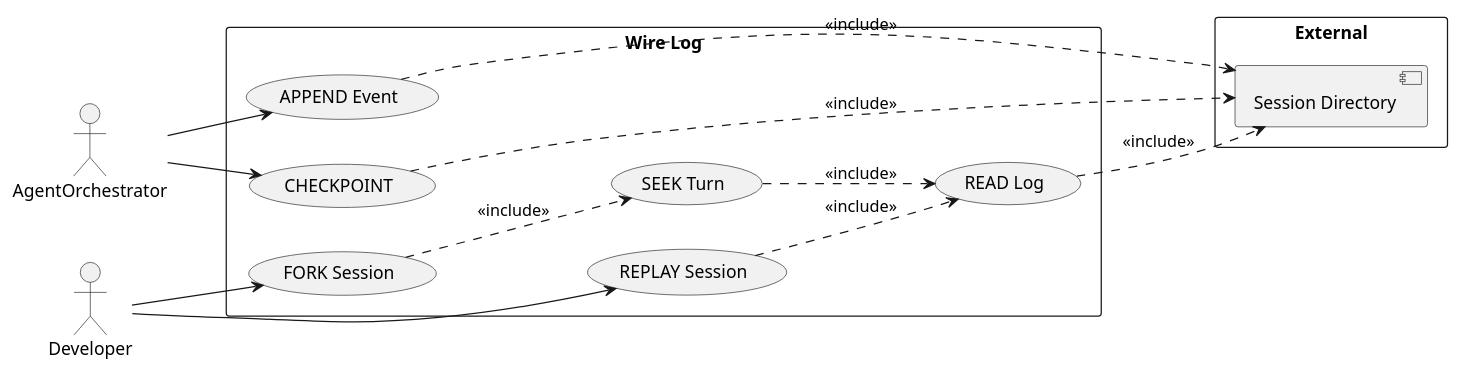
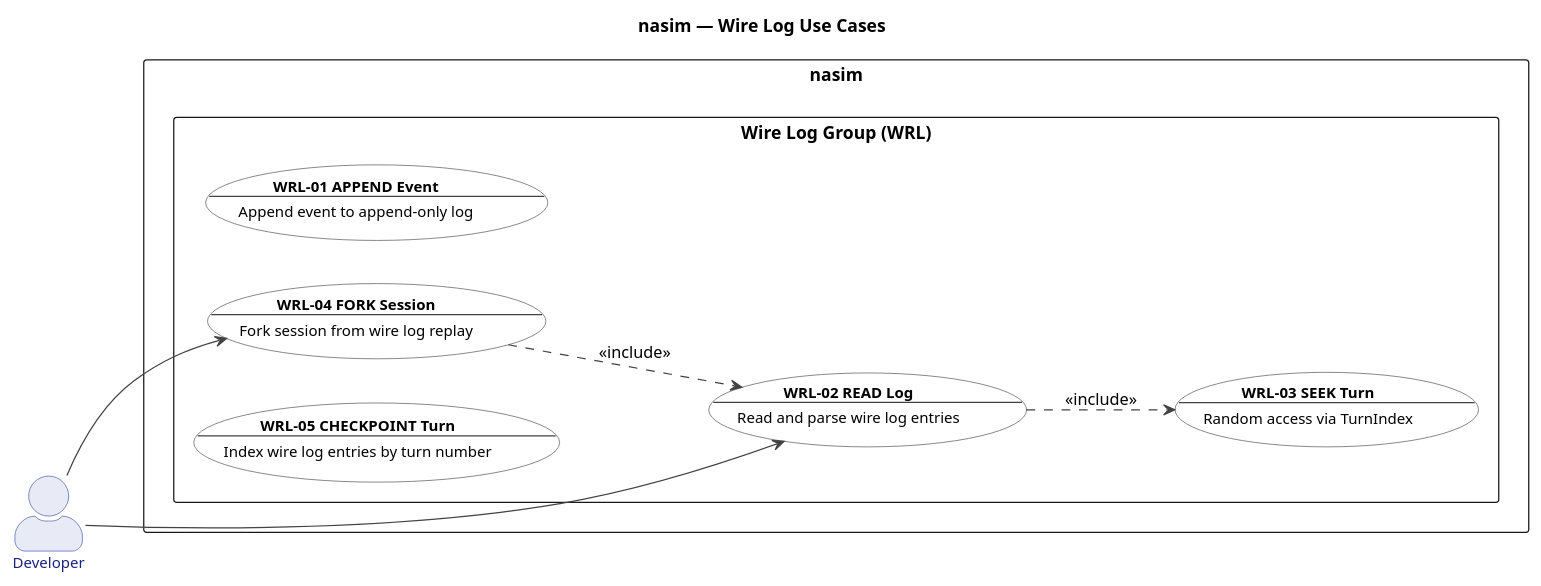
The diagram in docs/UC/uc_wire_log.puml (salimnamvar/nasim), drawn with PlantUML before and after one commit. The commit also changed 24 other files, not shown here.

First line of the commit message:
docs: Add use case diagrams for Git, MCP, Memory, Overview, and Sandbox groups

```diff
--- a/docs/UC/uc_wire_log.puml
+++ b/docs/UC/uc_wire_log.puml
@@ -1,42 +1,70 @@
 @startuml uc_wire_log
+
 ' ============================================================
-' Title:     nasim — UC: Wire Log
-' Boundary:  nasim code agent CLI + HTTP API
-' Purpose:   Event logging, turn indexing, session forking and replay
+' Title:     nasim — UC: Wire Log Group
+' Group:     WRL (Wire Log)
+' Boundary:  nasim code agent
+' Purpose:   Append-only event log, replay, session fork from wire
 ' Milestone: v1.0
-' Version:   1.0.0
-' Source:    docs/audit/audit.2026.06.20.deep.domain.audit.md
-' Review:    —
+' Version:   6.0.0
+' Source:    docs/ENTITIES.md
+' Review:    docs/audit/audit.2026.06.20.uc-layer.car.md
 ' ============================================================
 
 left to right direction
+
+title nasim — Wire Log Use Cases
+
+skinparam actorStyle awesome
 skinparam packageStyle rectangle
 
-actor "AgentOrchestrator" as agent
-actor "Developer" as user
-
-rectangle "Wire Log" {
-    usecase "APPEND Event" as UC_WRL_01
-    usecase "READ Log" as UC_WRL_02
-    usecase "SEEK Turn" as UC_WRL_03
-    usecase "FORK Session" as UC_WRL_04
-    usecase "CHECKPOINT" as UC_WRL_05
-    usecase "REPLAY Session" as UC_WRL_06
+skinparam usecase {
+  BackgroundColor #FFFFFF
+  BorderColor #424242
+  FontColor #000000
+  ArrowColor #424242
+  FontSize 12
 }
 
-rectangle "External" {
-    component "Session Directory" as sdir
+skinparam actor {
+  BackgroundColor #E8EAF6
+  BorderColor #3949AB
+  FontColor #1A237E
+  FontSize 12
 }
 
-agent --> UC_WRL_01
-agent --> UC_WRL_05
-user --> UC_WRL_06
-user --> UC_WRL_04
-UC_WRL_01 ..> sdir : <<include>>
-UC_WRL_02 ..> sdir : <<include>>
-UC_WRL_03 ..> UC_WRL_02 : <<include>>
-UC_WRL_04 ..> UC_WRL_03 : <<include>>
-UC_WRL_06 ..> UC_WRL_02 : <<include>>
-UC_WRL_05 ..> sdir : <<include>>
+' ============================================================
+' Actors
+' ============================================================
+
+actor "Developer" as Developer
+
+' ============================================================
+' System Boundary
+' ============================================================
+
+rectangle "nasim" {
+  package "Wire Log Group (WRL)" {
+    usecase "**WRL-01 APPEND Event**\n--\nAppend event to append-only log" as WRL01
+    usecase "**WRL-02 READ Log**\n--\nRead and parse wire log entries" as WRL02
+    usecase "**WRL-03 SEEK Turn**\n--\nRandom access via TurnIndex" as WRL03
+    usecase "**WRL-04 FORK Session**\n--\nFork session from wire log replay" as WRL04
+    usecase "**WRL-05 CHECKPOINT Turn**\n--\nIndex wire log entries by turn number" as WRL05
+  }
+}
+
+' ============================================================
+' Actor -> Use Case Associations
+' ============================================================
+
+Developer --> WRL02
+Developer --> WRL04
+
+' ============================================================
+' Relationships
+' ============================================================
+
+WRL02 ..> WRL03 : <<include>>
+WRL04 ..> WRL02 : <<include>>
 
 @enduml
```
